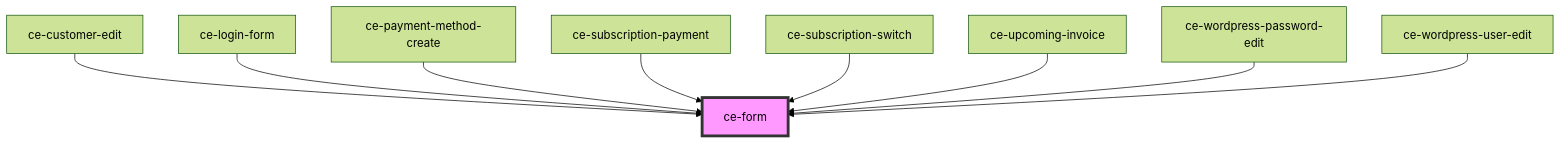
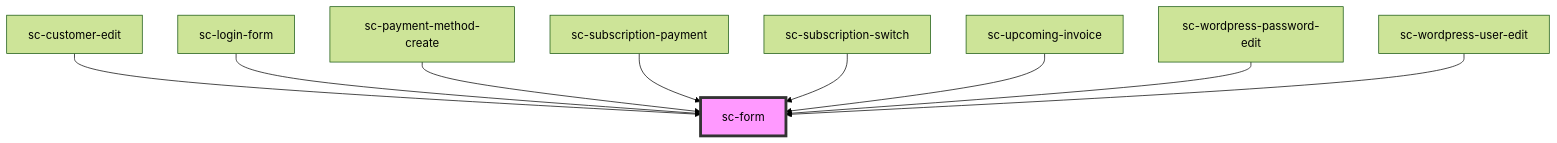
Before and after one commit to surecart/surecart-wp-plugin: the diagram in packages/components/src/components/ui/form/readme.md, drawn with Mermaid (forest theme). The commit also changed other lines of this file and 1281 other files, not shown here.

````diff
--- a/packages/components/src/components/ui/form/readme.md
+++ b/packages/components/src/components/ui/form/readme.md
@@ -88,12 +88,12 @@
 ```mermaid
 graph TD;
-  ce-customer-edit --> ce-form
-  ce-login-form --> ce-form
-  ce-payment-method-create --> ce-form
-  ce-subscription-payment --> ce-form
-  ce-subscription-switch --> ce-form
-  ce-upcoming-invoice --> ce-form
-  ce-wordpress-password-edit --> ce-form
-  ce-wordpress-user-edit --> ce-form
-  style ce-form fill:#f9f,stroke:#333,stroke-width:4px
+  sc-customer-edit --> sc-form
+  sc-login-form --> sc-form
+  sc-payment-method-create --> sc-form
+  sc-subscription-payment --> sc-form
+  sc-subscription-switch --> sc-form
+  sc-upcoming-invoice --> sc-form
+  sc-wordpress-password-edit --> sc-form
+  sc-wordpress-user-edit --> sc-form
+  style sc-form fill:#f9f,stroke:#333,stroke-width:4px
 ```
````
